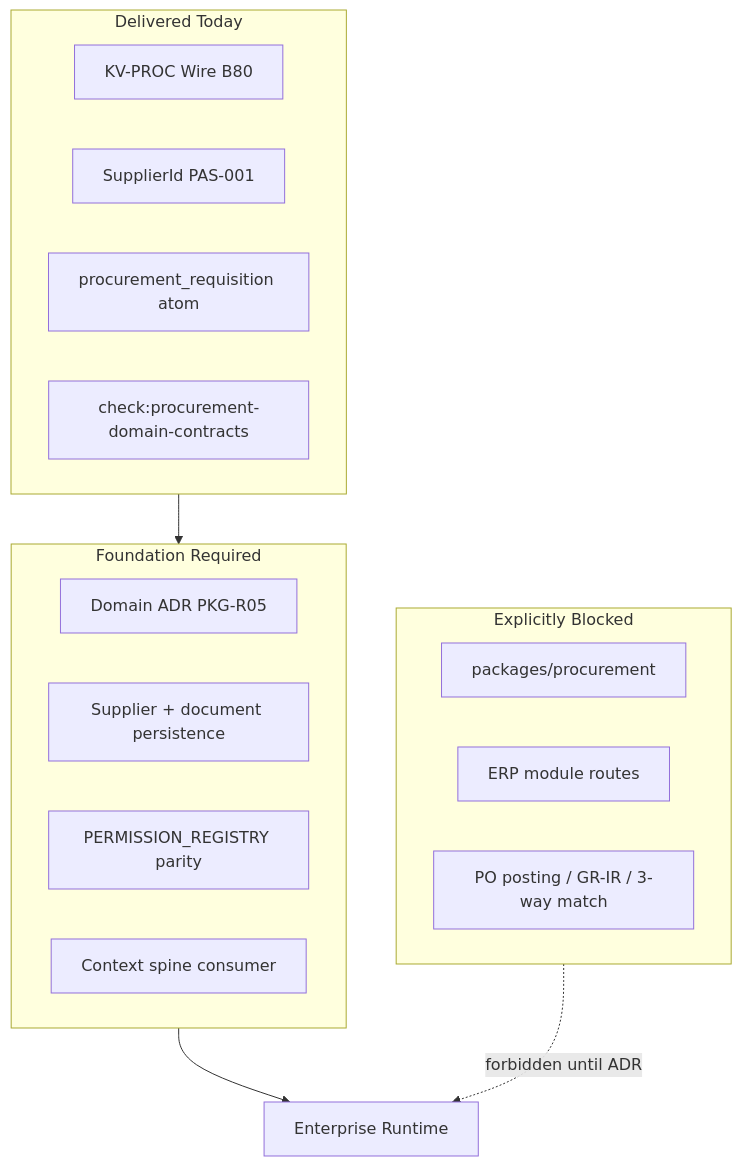
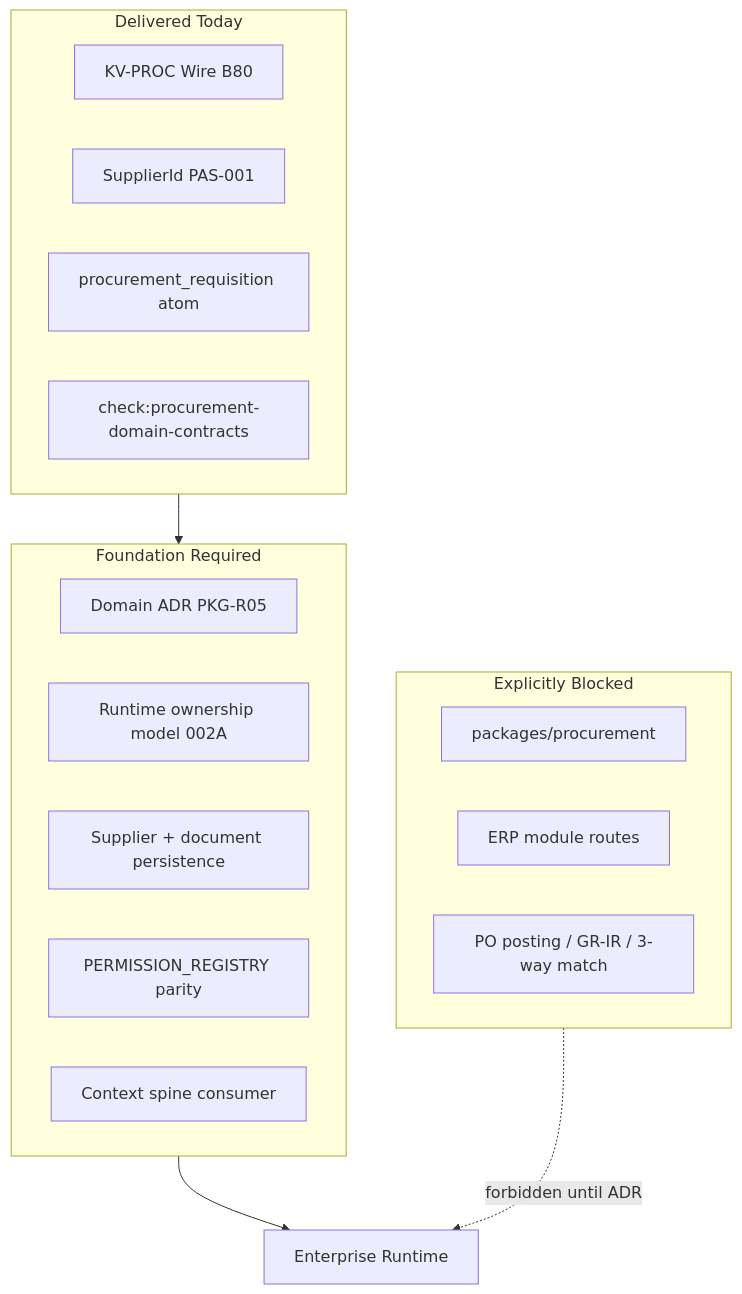
The diagram in docs/PAS/KERNEL/audit/procurement-foundation-gap-report.md (pohlai88/afenda-Xerp), drawn with Mermaid before and after one commit. The commit also changed other lines of this file and 70 other files, not shown here.

````diff
--- a/docs/PAS/KERNEL/audit/procurement-foundation-gap-report.md
+++ b/docs/PAS/KERNEL/audit/procurement-foundation-gap-report.md
@@ -43,23 +89,24 @@
 ```mermaid
 flowchart TB
   subgraph today [Delivered Today]
     KV[KV-PROC Wire B80]
     SID[SupplierId PAS-001]
     Atom[procurement_requisition atom]
     Gate[check:procurement-domain-contracts]
   end
   subgraph blocked [Explicitly Blocked]
     Pkg[packages/procurement]
     Routes[ERP module routes]
     Posting[PO posting / GR-IR / 3-way match]
   end
   subgraph needed [Foundation Required]
     ADR[Domain ADR PKG-R05]
+    Own[Runtime ownership model 002A]
     DB[Supplier + document persistence]
     Perm[PERMISSION_REGISTRY parity]
     Spine[Context spine consumer]
   end
   today --> needed
   needed --> Runtime[Enterprise Runtime]
   blocked -.->|forbidden until ADR| Runtime
 ```
````
